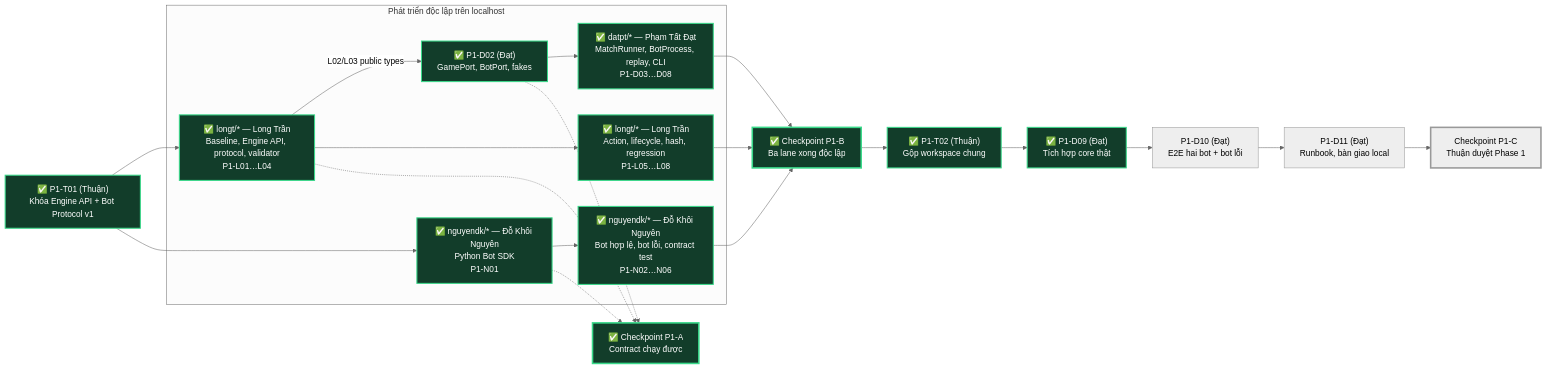
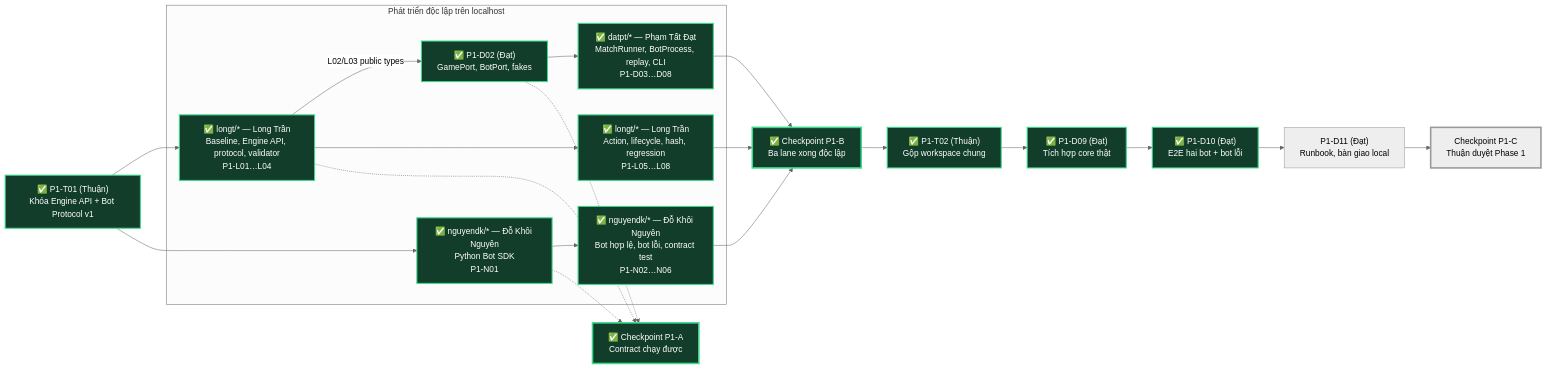
Before and after one commit to sock1000kg/dau-giai-ott: the first of 2 diagrams in docs/team-assignment-phase-1-2.md, drawn with Mermaid (neutral theme). The commit also changed other lines of this file and 6 other files, not shown here.

````diff
--- a/docs/team-assignment-phase-1-2.md
+++ b/docs/team-assignment-phase-1-2.md
@@ -89,36 +89,36 @@
 ```mermaid
 flowchart LR
     T01["✅ P1-T01 (Thuận)<br/>Khóa Engine API + Bot Protocol v1"]
 
     subgraph LANES["Phát triển độc lập trên localhost"]
         L1["✅ longt/* — Long Trần<br/>Baseline, Engine API, protocol, validator<br/>P1-L01…L04"]
         L2["✅ longt/* — Long Trần<br/>Action, lifecycle, hash, regression<br/>P1-L05…L08"]
         N1["✅ nguyendk/* — Đỗ Khôi Nguyên<br/>Python Bot SDK<br/>P1-N01"]
         N2["✅ nguyendk/* — Đỗ Khôi Nguyên<br/>Bot hợp lệ, bot lỗi, contract test<br/>P1-N02…N06"]
         D1["✅ P1-D02 (Đạt)<br/>GamePort, BotPort, fakes"]
         D2["✅ datpt/* — Phạm Tất Đạt<br/>MatchRunner, BotProcess, replay, CLI<br/>P1-D03…D08"]
     end
 
     PA["✅ Checkpoint P1-A<br/>Contract chạy được"]
     PB["✅ Checkpoint P1-B<br/>Ba lane xong độc lập"]
     T02["✅ P1-T02 (Thuận)<br/>Gộp workspace chung"]
     D9["✅ P1-D09 (Đạt)<br/>Tích hợp core thật"]
-    D10["P1-D10 (Đạt)<br/>E2E hai bot + bot lỗi"]
+    D10["✅ P1-D10 (Đạt)<br/>E2E hai bot + bot lỗi"]
     D11["P1-D11 (Đạt)<br/>Runbook, bàn giao local"]
     PC["Checkpoint P1-C<br/>Thuận duyệt Phase 1"]
 
     T01 --> L1
     T01 --> N1
     L1 -->|L02/L03 public types| D1
     L1 --> L2
     N1 --> N2
     D1 --> D2
     L1 & N1 & D1 -.-> PA
     L2 & N2 & D2 --> PB
     PB --> T02 --> D9 --> D10 --> D11 --> PC
 
     classDef done fill:#123d2a,stroke:#39d98a,color:#ffffff,stroke-width:2px;
     classDef gate stroke-width:3px;
-    class T01,L1,L2,N1,N2,D1,D2,PA,PB,T02,D9 done;
+    class T01,L1,L2,N1,N2,D1,D2,PA,PB,T02,D9,D10 done;
     class PA,PB,PC gate;
 ```
````
